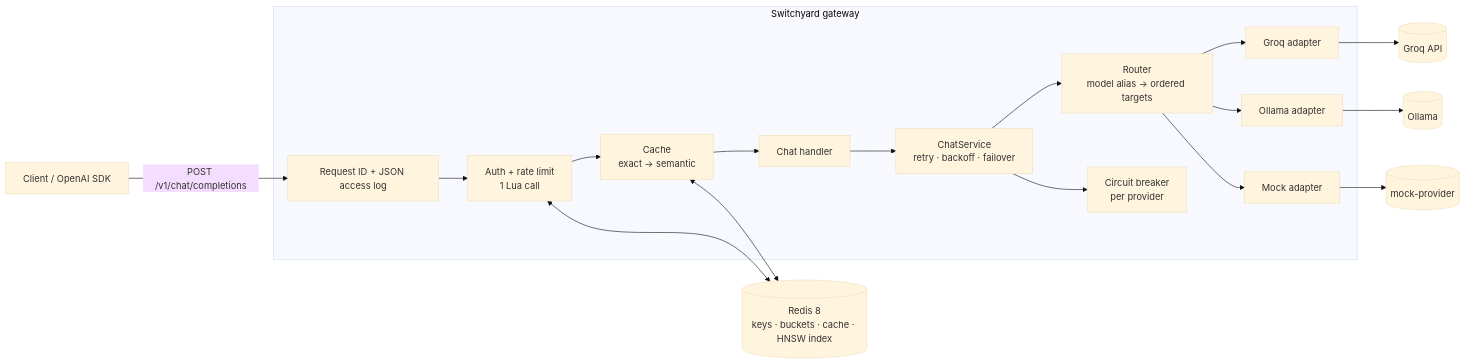
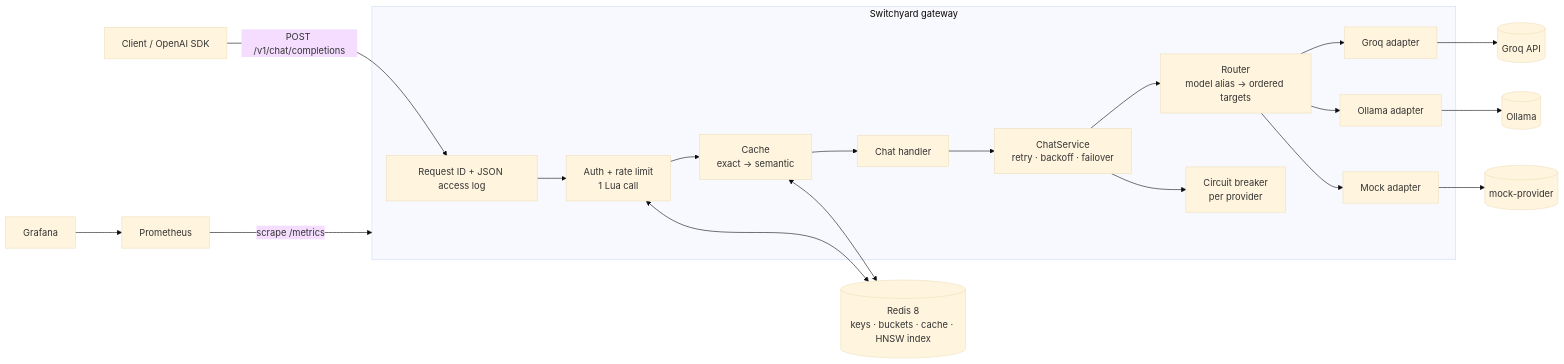
One commit to shaunak2202/switchyard changed the diagram in README.md. Above: the diagram before and after it, drawn with Mermaid (base theme). The commit also changed other lines of this file and 19 other files, not shown here.

First line of the commit message:
Phase 5: Prometheus metrics and provisioned Grafana dashboard

````diff
--- a/README.md
+++ b/README.md
@@ -15,20 +15,22 @@
 ```mermaid
 flowchart LR
     C[Client / OpenAI SDK] -->|POST /v1/chat/completions| MW
     subgraph GW[Switchyard gateway]
         MW[Request ID + JSON access log] --> AU[Auth + rate limit<br/>1 Lua call]
         AU --> CA[Cache<br/>exact → semantic]
         CA --> H[Chat handler]
         H --> S[ChatService<br/>retry · backoff · failover]
         S --> R[Router<br/>model alias → ordered targets]
         S --> CB[Circuit breaker<br/>per provider]
         R --> A1[Groq adapter]
         R --> A2[Ollama adapter]
         R --> A3[Mock adapter]
     end
     A1 --> G[(Groq API)]
     A2 --> O[(Ollama)]
     A3 --> M[(mock-provider)]
     AU <--> RD[(Redis 8<br/>keys · buckets · cache · HNSW index)]
     CA <--> RD
+    P[Prometheus] -->|scrape /metrics| GW
+    GF[Grafana] --> P
 ```
````
